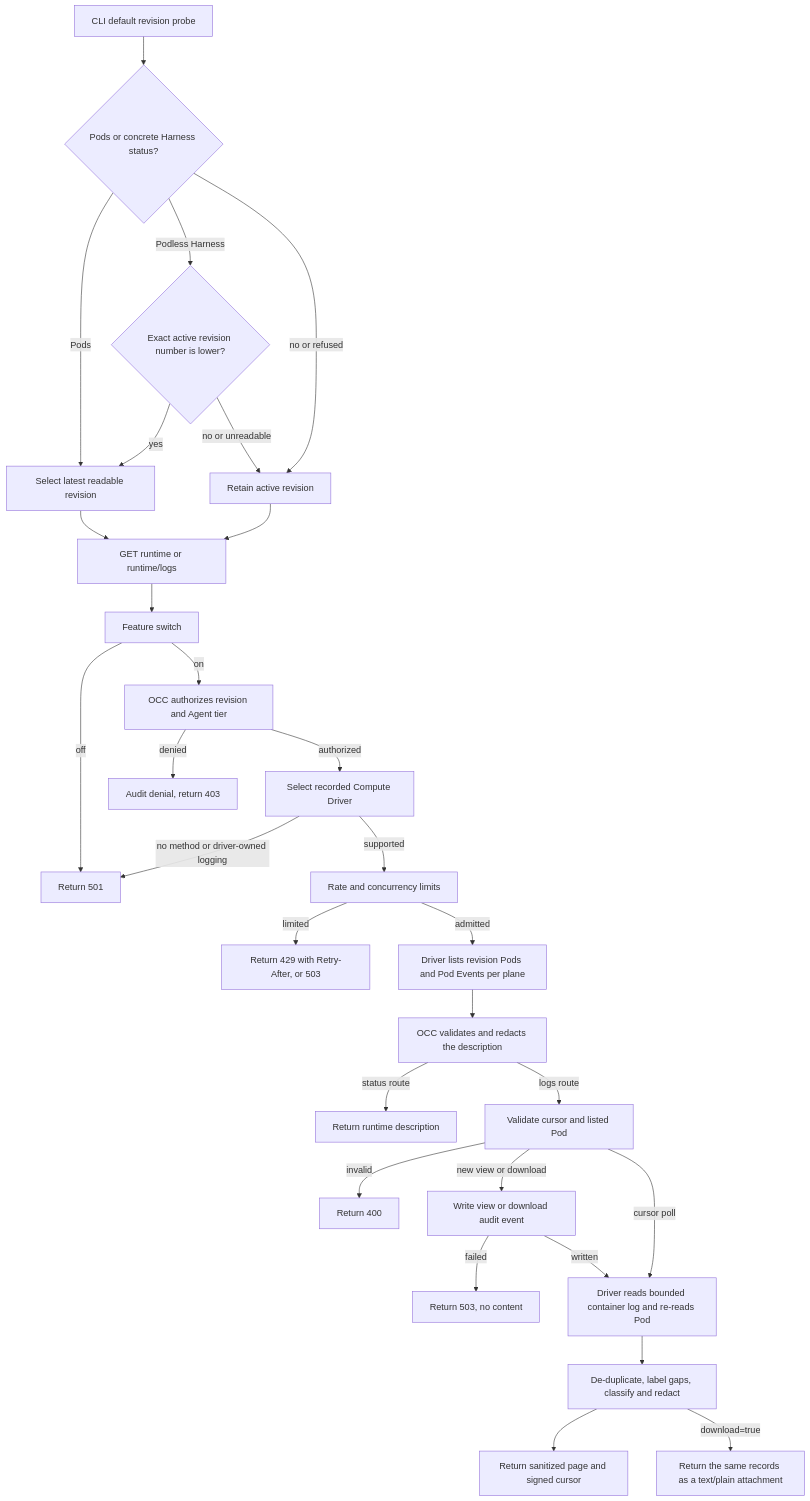
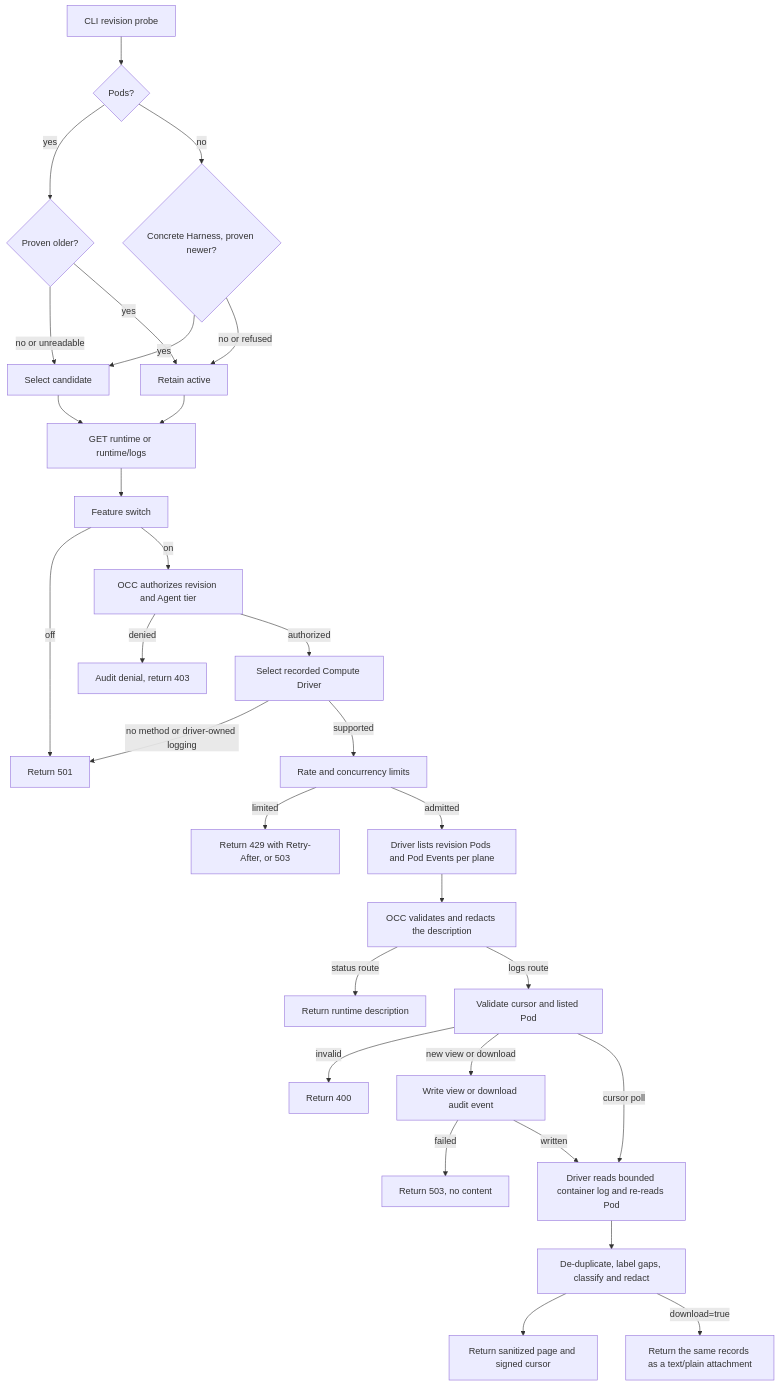
One commit to PalmPalm7/openclaw-enterprise changed the diagram in docs/flows/agent-runtime-logs.md. Above: the diagram before and after it, drawn with Mermaid. The commit also changed other lines of this file and 3 other files, not shown here.

First line of the commit message:
fix(cli): require newer revision for Pod diagnostics (#2567)

````diff
--- a/docs/flows/agent-runtime-logs.md
+++ b/docs/flows/agent-runtime-logs.md
@@ -33,31 +33,32 @@
 ```mermaid
 graph TD
-  V["CLI default revision probe"] --> W{"Pods or concrete Harness status?"}
-  W -->|Pods| X["Select latest readable revision"]
-  W -->|Podless Harness| Z{"Exact active revision number is lower?"}
-  Z -->|yes| X
-  Z -->|no or unreadable| Y
-  W -->|no or refused| Y["Retain active revision"]
+  V["CLI revision probe"] --> W{"Pods?"}
+  W -->|yes| Z{"Proven older?"}
+  Z -->|no or unreadable| X["Select candidate"]
+  Z -->|yes| Y["Retain active"]
+  W -->|no| T{"Concrete Harness, proven newer?"}
+  T -->|yes| X
+  T -->|no or refused| Y
   X --> A["GET runtime or runtime/logs"]
   Y --> A
   A --> B["Feature switch"]
   B -->|off| C["Return 501"]
   B -->|on| E["OCC authorizes revision and Agent tier"]
   E -->|denied| F["Audit denial, return 403"]
   E -->|authorized| G["Select recorded Compute Driver"]
   G -->|no method or driver-owned logging| C
   G -->|supported| S["Rate and concurrency limits"]
   S -->|limited| D["Return 429 with Retry-After, or 503"]
   S -->|admitted| H["Driver lists revision Pods and Pod Events per plane"]
   H --> I["OCC validates and redacts the description"]
   I -->|status route| J["Return runtime description"]
   I -->|logs route| K["Validate cursor and listed Pod"]
   K -->|invalid| L["Return 400"]
   K -->|new view or download| M["Write view or download audit event"]
   M -->|failed| N["Return 503, no content"]
   M -->|written| O["Driver reads bounded container log and re-reads Pod"]
   K -->|cursor poll| O
   O --> P["De-duplicate, label gaps, classify and redact"]
   P --> Q["Return sanitized page and signed cursor"]
   P -->|download=true| R["Return the same records as a text/plain attachment"]
 ```
````
